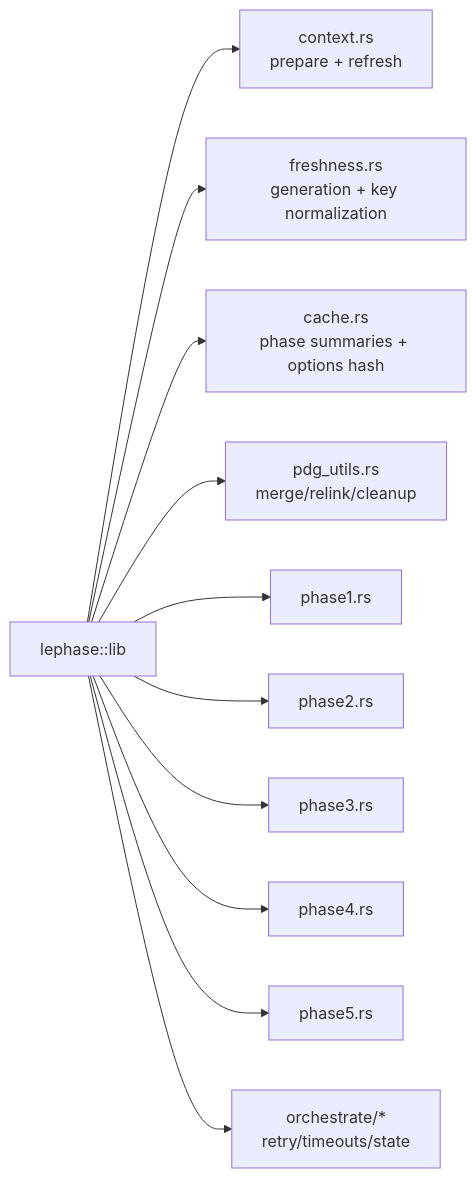
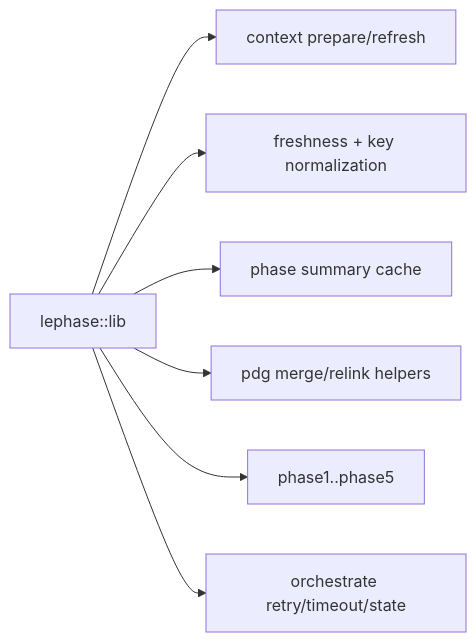
Before and after one commit to scooter-lacroix/LeIndex: the second of 2 diagrams in RUST_ARCHITECTURE.md, drawn with Mermaid. The commit also changed other lines of this file and 130 other files, not shown here.

````diff
--- a/RUST_ARCHITECTURE.md
+++ b/RUST_ARCHITECTURE.md
@@ -44,13 +74,9 @@
 ```mermaid
 flowchart LR
-    L[lephase::lib] --> C[context.rs\nprepare + refresh]
-    L --> F[freshness.rs\ngeneration + key normalization]
-    L --> K[cache.rs\nphase summaries + options hash]
-    L --> U[pdg_utils.rs\nmerge/relink/cleanup]
-    L --> P1[phase1.rs]
-    L --> P2[phase2.rs]
-    L --> P3[phase3.rs]
-    L --> P4[phase4.rs]
-    L --> P5[phase5.rs]
-    L --> O[orchestrate/*\nretry/timeouts/state]
+    L[lephase::lib] --> C[context prepare/refresh]
+    L --> F[freshness + key normalization]
+    L --> K[phase summary cache]
+    L --> U[pdg merge/relink helpers]
+    L --> P[phase1..phase5]
+    L --> O[orchestrate retry/timeout/state]
 ```
````
